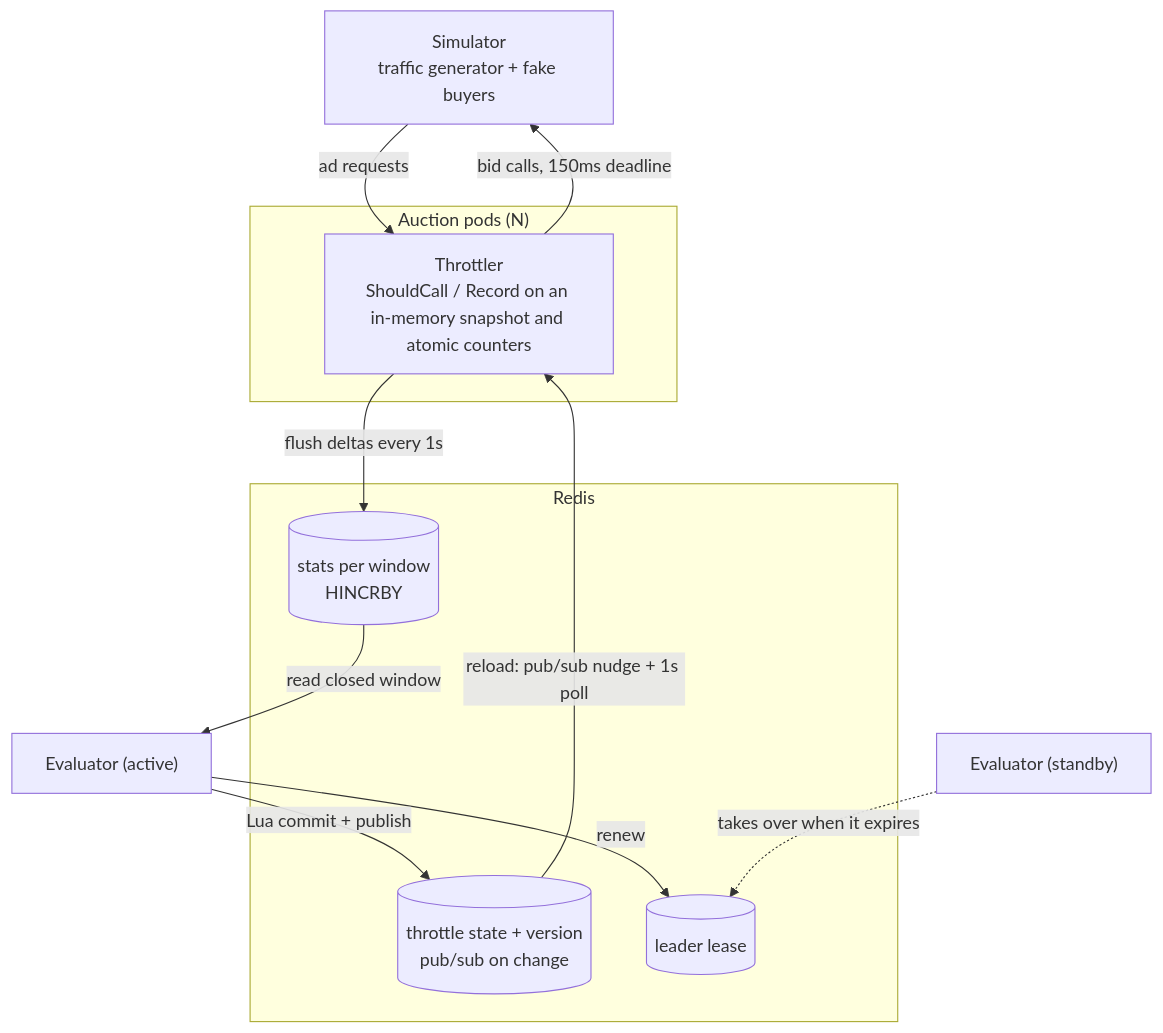
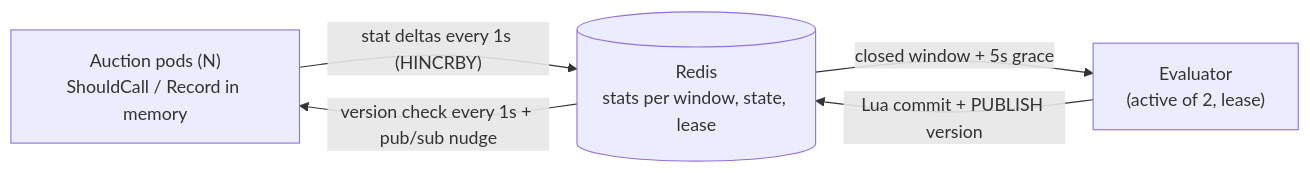
The diagram in DESIGN.md (AmitShmuelevitz/Rise-BuyerThrottlingService), drawn with Mermaid before and after one commit. The commit also changed other lines of this file and 10 other files, not shown here.

````diff
--- a/DESIGN.md
+++ b/DESIGN.md
@@ -5,22 +3,7 @@
 ```mermaid
-flowchart TB
-    sim["Simulator<br/>traffic generator + fake buyers"]
-    subgraph pods["Auction pods (N)"]
-        th["Throttler<br/>ShouldCall / Record on an in-memory snapshot and atomic counters"]
-    end
-    subgraph redis["Redis"]
-        stats[("stats per window<br/>HINCRBY")]
-        state[("throttle state + version<br/>pub/sub on change")]
-        lease[("leader lease")]
-    end
-    e1["Evaluator (active)"]
-    e2["Evaluator (standby)"]
-    sim -- "ad requests" --> th
-    th -- "bid calls, 150ms deadline" --> sim
-    th -- "flush deltas every 1s" --> stats
-    state -- "reload: pub/sub nudge + 1s poll" --> th
-    stats -- "read closed window" --> e1
-    e1 -- "Lua commit + publish" --> state
-    e1 -- "renew" --> lease
-    e2 -. "takes over when it expires" .-> lease
+flowchart LR
+    pods["Auction pods (N)<br/>ShouldCall / Record in memory"] -- "stat deltas every 1s (HINCRBY)" --> redis[("Redis<br/>stats per window, state, lease")]
+    redis -- "closed window + 5s grace" --> eval["Evaluator<br/>(active of 2, lease)"]
+    eval -- "Lua commit + PUBLISH version" --> redis
+    redis -- "version check every 1s + pub/sub nudge" --> pods
 ```
````
